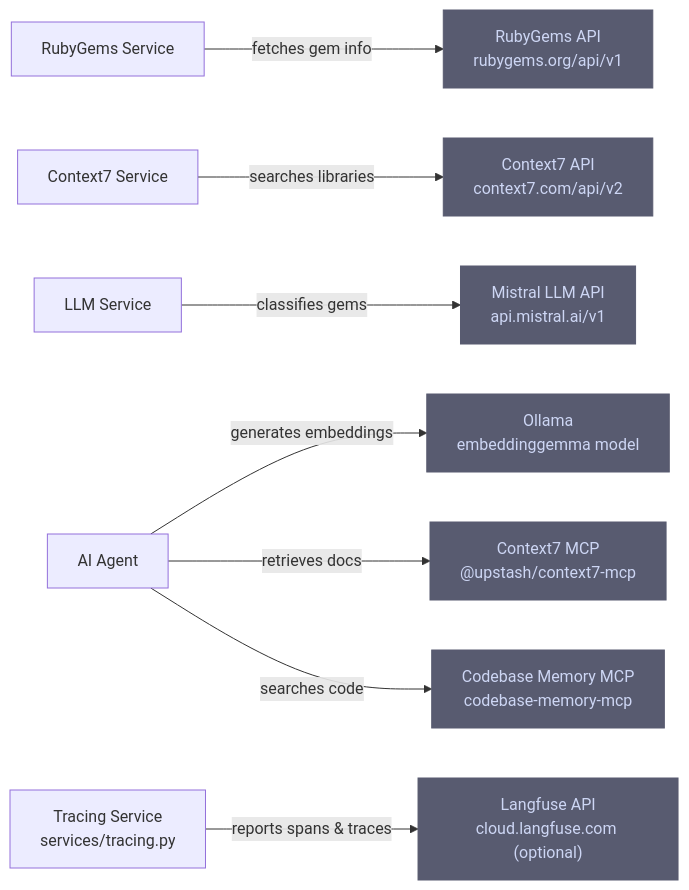
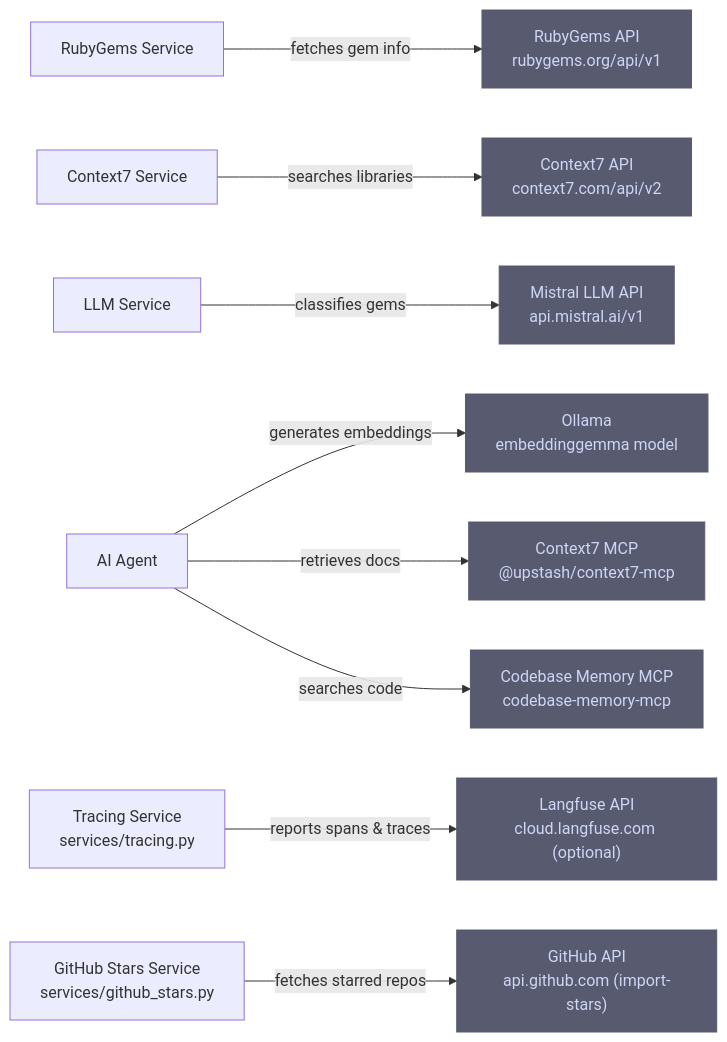
Before and after one commit to b08x/rubygemdb: the second of 3 diagrams in README.md, drawn with Mermaid. The commit also changed other lines of this file and 3 other files, not shown here.

First line of the commit message:
📚 docs: document prune, import-stars, and refined stack selection in README/CLAUDE/INSTALL

````diff
--- a/README.md
+++ b/README.md
@@ -68,26 +71,29 @@
 ```mermaid
 graph LR
     rubygems-api["RubyGems API\nrubygems.org/api/v1"]
     context7-api["Context7 API\ncontext7.com/api/v2"]
     mistral-api["Mistral LLM API\napi.mistral.ai/v1"]
     ollama["Ollama\nembeddinggemma model"]
     mcp-context7["Context7 MCP\n@upstash/context7-mcp"]
     mcp-cbm["Codebase Memory MCP\ncodebase-memory-mcp"]
     langfuse-api["Langfuse API\ncloud.langfuse.com (optional)"]
+    github-api["GitHub API\napi.github.com (import-stars)"]
 
     rubygems-service["RubyGems Service"] -->|"fetches gem info"| rubygems-api
     context7-service["Context7 Service"] -->|"searches libraries"| context7-api
     llm-service["LLM Service"] -->|"classifies gems"| mistral-api
     agent["AI Agent"] -->|"generates embeddings"| ollama
     agent -->|"retrieves docs"| mcp-context7
     agent -->|"searches code"| mcp-cbm
     tracing-service["Tracing Service\nservices/tracing.py"] -->|"reports spans & traces"| langfuse-api
+    github-stars["GitHub Stars Service\nservices/github_stars.py"] -->|"fetches starred repos"| github-api
 
     style rubygems-api fill:#585b70,stroke:#585b70,color:#cdd6f4
     style context7-api fill:#585b70,stroke:#585b70,color:#cdd6f4
     style mistral-api fill:#585b70,stroke:#585b70,color:#cdd6f4
     style ollama fill:#585b70,stroke:#585b70,color:#cdd6f4
     style mcp-context7 fill:#585b70,stroke:#585b70,color:#cdd6f4
     style mcp-cbm fill:#585b70,stroke:#585b70,color:#cdd6f4
     style langfuse-api fill:#585b70,stroke:#585b70,color:#cdd6f4
+    style github-api fill:#585b70,stroke:#585b70,color:#cdd6f4
 ```
````
